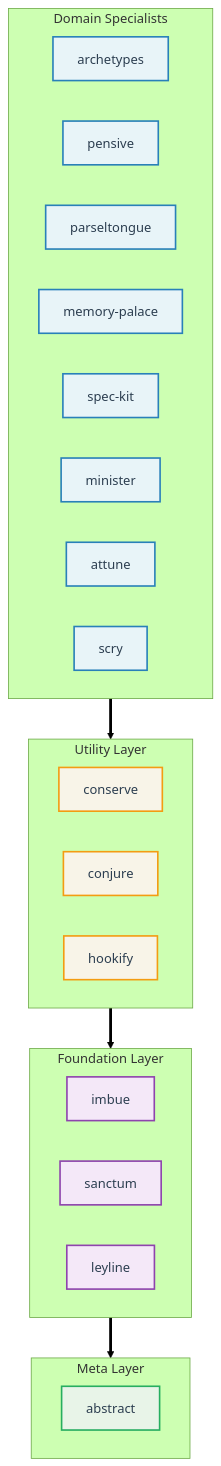
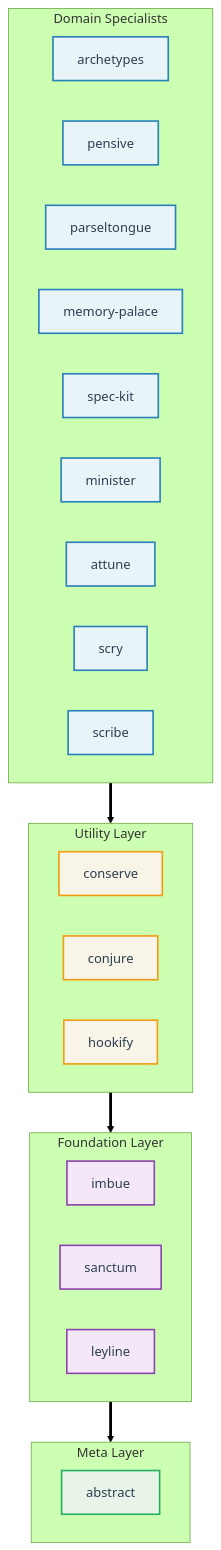
The diagram in README.md (athola/claude-night-market), drawn with Mermaid (forest theme) before and after one commit. The commit also changed other lines of this file and 90 other files, not shown here.

````diff
--- a/README.md
+++ b/README.md
@@ -55,40 +55,41 @@
 ```mermaid
 flowchart TB
     classDef domainClass fill:#e8f4f8,stroke:#2980b9,stroke-width:2px,color:#2c3e50
     classDef utilityClass fill:#f8f4e8,stroke:#f39c12,stroke-width:2px,color:#2c3e50
     classDef foundationClass fill:#f4e8f8,stroke:#8e44ad,stroke-width:2px,color:#2c3e50
     classDef metaClass fill:#e8f4e8,stroke:#27ae60,stroke-width:2px,color:#2c3e50
 
     subgraph Domain["Domain Specialists"]
         direction LR
         D1[archetypes]:::domainClass
         D2[pensive]:::domainClass
         D3[parseltongue]:::domainClass
         D4[memory-palace]:::domainClass
         D5[spec-kit]:::domainClass
         D6[minister]:::domainClass
         D7[attune]:::domainClass
         D8[scry]:::domainClass
+        D9[scribe]:::domainClass
     end
 
     subgraph Utility["Utility Layer"]
         direction LR
         U1[conserve]:::utilityClass
         U2[conjure]:::utilityClass
         U3[hookify]:::utilityClass
     end
 
     subgraph Foundation["Foundation Layer"]
         direction LR
         F1[imbue]:::foundationClass
         F2[sanctum]:::foundationClass
         F3[leyline]:::foundationClass
     end
 
     subgraph Meta["Meta Layer"]
         direction LR
         M1[abstract]:::metaClass
     end
 
     Domain ==> Utility ==> Foundation ==> Meta
 ```
````
